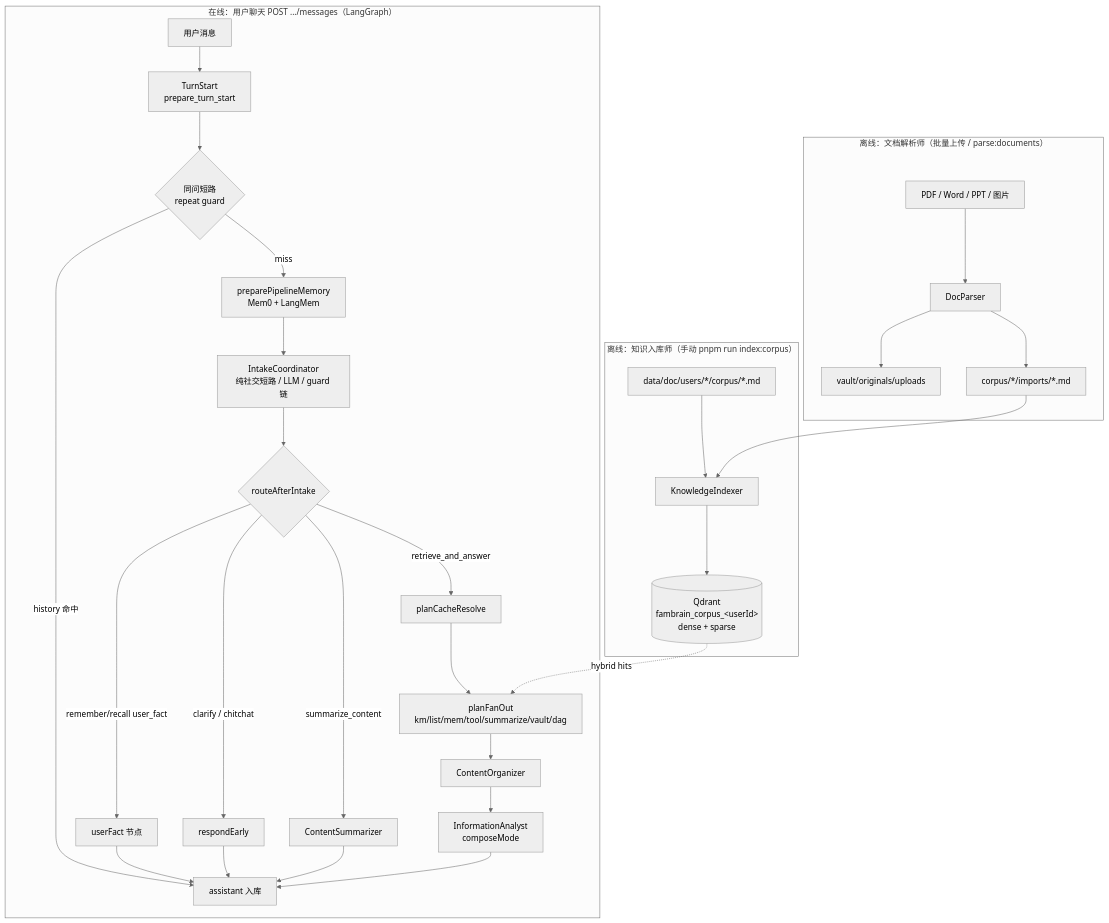
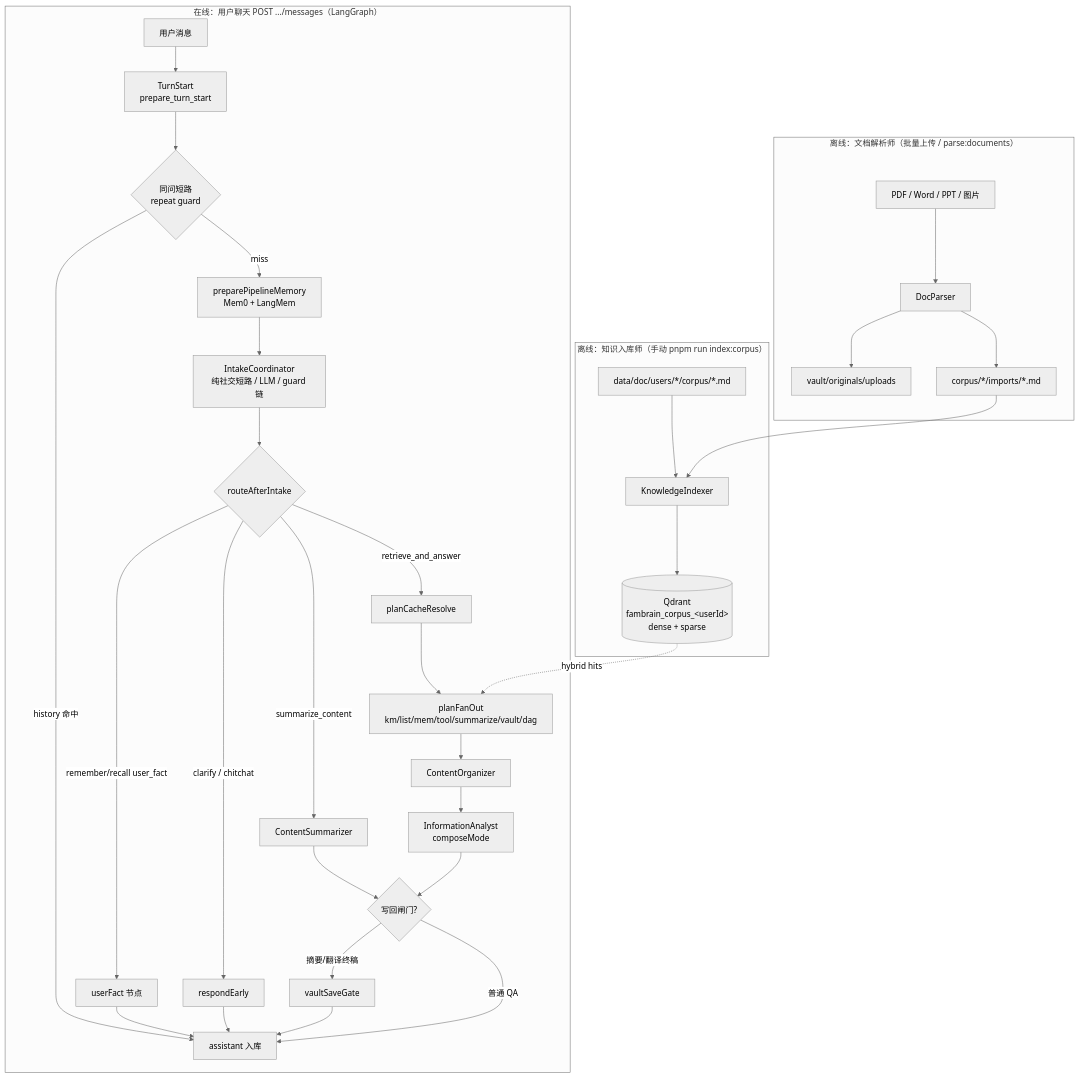
The first of 12 diagrams in docs/02-agent-flows.md (panzhanfei/agent), drawn with Mermaid (neutral theme) before and after one commit. The commit also changed other lines of this file and 42 other files, not shown here.

Commit message:
删除 图片总结入库问题 加入vaultSaveGate 门禁（人机协调）

````diff
--- a/docs/02-agent-flows.md
+++ b/docs/02-agent-flows.md
@@ -60,42 +62,45 @@
 ```mermaid
 flowchart TB
   subgraph offline ["离线：知识入库师（手动 pnpm run index:corpus）"]
     MD["data/doc/users/*/corpus/*.md"]
     KI["KnowledgeIndexer"]
     QD[("Qdrant<br/>fambrain_corpus_&lt;userId&gt;<br/>dense + sparse")]
     MD --> KI --> QD
   end
 
   subgraph ingest ["离线：文档解析师（批量上传 / parse:documents）"]
     UP["PDF / Word / PPT / 图片"]
     DP["DocParser"]
     VAULT["vault/originals/uploads"]
     IMP["corpus/*/imports/*.md"]
     UP --> DP
     DP --> VAULT
     DP --> IMP
     IMP --> KI
   end
 
   subgraph online ["在线：用户聊天 POST .../messages（LangGraph）"]
     U[用户消息] --> PT[TurnStart<br/>prepare_turn_start]
     PT --> REP{同问短路<br/>repeat guard}
     REP -->|history 命中| OUT[assistant 流式输出]
     REP -->|miss| MEM["preparePipelineMemory<br/>Mem0 + LangMem"]
     MEM --> IC[IntakeCoordinator<br/>纯社交短路 / LLM / guard 链]
     IC --> P{routeAfterIntake}
     P -->|remember/recall user_fact| UF[userFact 节点]
     P -->|clarify / chitchat| R1[respondEarly]
     P -->|summarize_content| SUM[ContentSummarizer]
     P -->|retrieve_and_answer| PCR[planCacheResolve]
     PCR --> PE[planFanOut<br/>km/list/mem/tool/summarize/vault/dag]
     PE --> CO[ContentOrganizer]
     CO --> IA[InformationAnalyst<br/>composeMode]
-    IA --> OUT[assistant 入库]
+    IA --> GATE{写回闸门?}
+    SUM --> GATE
+    GATE -->|摘要/翻译终稿| VSG[vaultSaveGate]
+    GATE -->|普通 QA| OUT[assistant 入库]
+    VSG --> OUT
     UF --> OUT
     R1 --> OUT
-    SUM --> OUT
   end
 
   QD -.->|hybrid hits| PE
 ```
````
